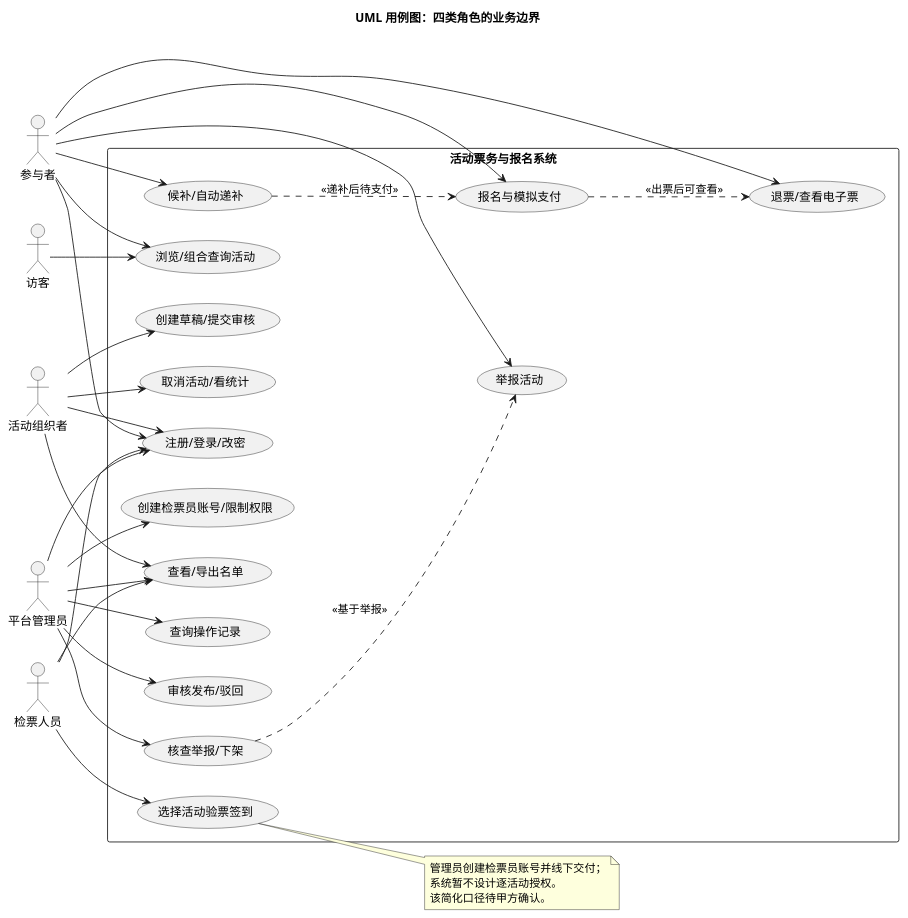
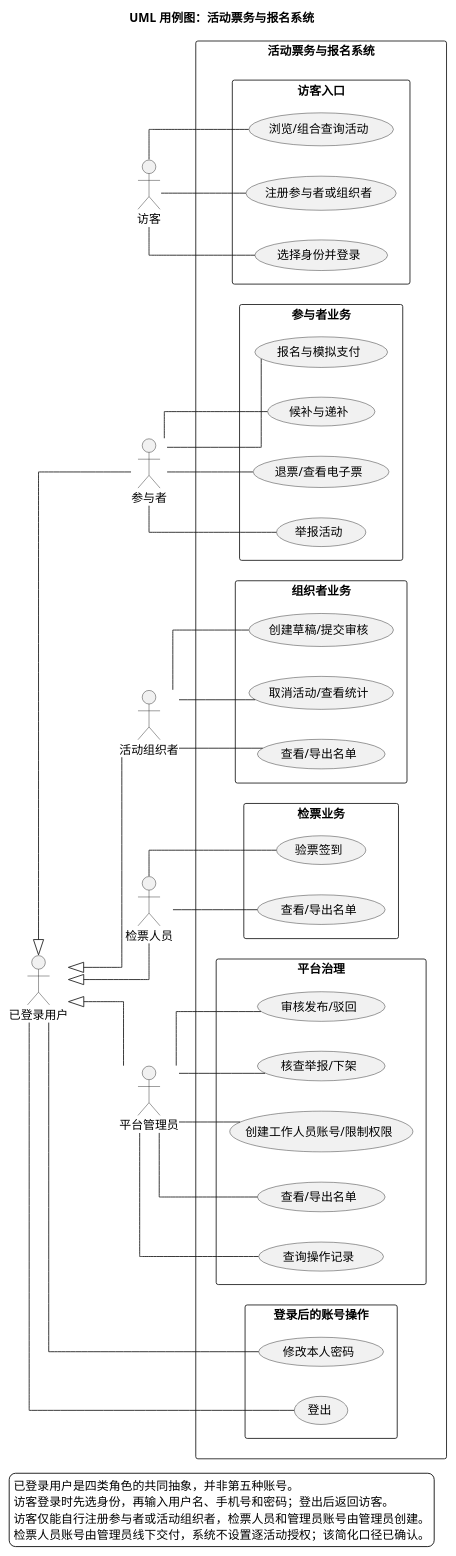
Before and after one commit to bw-oeiX/2026Fall-SE: the diagram in lab2/UML/UML用例图.puml, drawn with PlantUML. The commit also changed other lines of this file and 27 other files, not shown here.

```diff
--- a/lab2/UML/UML用例图.puml
+++ b/lab2/UML/UML用例图.puml
@@ -1,60 +1,82 @@
 @startuml
-title UML 用例图：四类角色的业务边界
+title UML 用例图：活动票务与报名系统
+left to right direction
 skinparam defaultFontName Microsoft YaHei
 skinparam shadowing false
 skinparam backgroundColor #FFFFFF
-left to right direction
+skinparam packageStyle rectangle
+skinparam linetype ortho
 
 actor "访客" as Guest
-actor "参与者" as P
-actor "活动组织者" as O
-actor "检票人员" as C
-actor "平台管理员" as A
+actor "已登录用户" as SignedIn
+actor "参与者" as Participant
+actor "活动组织者" as Organizer
+actor "检票人员" as Checker
+actor "平台管理员" as Admin
+
+SignedIn <|-- Participant
+SignedIn <|-- Organizer
+SignedIn <|-- Checker
+SignedIn <|-- Admin
 
 rectangle "活动票务与报名系统" {
-  usecase "浏览/组合查询活动" as UC1
-  usecase "注册/登录/改密" as UC2
-  usecase "报名与模拟支付" as UC3
-  usecase "候补/自动递补" as UC4
-  usecase "退票/查看电子票" as UC5
-  usecase "举报活动" as UC6
-  usecase "创建草稿/提交审核" as UC7
-  usecase "取消活动/看统计" as UC8
-  usecase "审核发布/驳回" as UC9
-  usecase "核查举报/下架" as UC10
-  usecase "创建检票员账号/限制权限" as UC11
-  usecase "选择活动验票签到" as UC12
-  usecase "查看/导出名单" as UC13
-  usecase "查询操作记录" as UC14
+  package "访客入口" {
+    usecase "浏览/组合查询活动" as Browse
+    usecase "注册参与者或组织者" as Register
+    usecase "选择身份并登录" as Login
+  }
+  package "登录后的账号操作" {
+    usecase "修改本人密码" as ChangePassword
+    usecase "登出" as Logout
+  }
+  package "参与者业务" {
+    usecase "报名与模拟支付" as Buy
+    usecase "候补与递补" as Waitlist
+    usecase "退票/查看电子票" as Ticket
+    usecase "举报活动" as Report
+  }
+  package "组织者业务" {
+    usecase "创建草稿/提交审核" as Submit
+    usecase "取消活动/查看统计" as EventStats
+    usecase "查看/导出名单" as OrganizerList
+  }
+  package "检票业务" {
+    usecase "验票签到" as CheckIn
+    usecase "查看/导出名单" as CheckerList
+  }
+  package "平台治理" {
+    usecase "审核发布/驳回" as Review
+    usecase "核查举报/下架" as Remove
+    usecase "创建工作人员账号/限制权限" as ManageAccount
+    usecase "查看/导出名单" as AdminList
+    usecase "查询操作记录" as Audit
+  }
 }
 
-Guest --> UC1
-P --> UC1
-P --> UC2
-P --> UC3
-P --> UC4
-P --> UC5
-P --> UC6
-O --> UC2
-O --> UC7
-O --> UC8
-O --> UC13
-C --> UC2
-C --> UC12
-C --> UC13
-A --> UC2
-A --> UC9
-A --> UC10
-A --> UC11
-A --> UC13
-A --> UC14
+Guest -- Browse
+Guest -- Register
+Guest -- Login
+SignedIn -- ChangePassword
+SignedIn -- Logout
+Participant -- Buy
+Participant -- Waitlist
+Participant -- Ticket
+Participant -- Report
+Organizer -- Submit
+Organizer -- EventStats
+Organizer -- OrganizerList
+Checker -- CheckIn
+Checker -- CheckerList
+Admin -- Review
+Admin -- Remove
+Admin -- ManageAccount
+Admin -- AdminList
+Admin -- Audit
 
-UC3 ..> UC5 : <<出票后可查看>>
-UC4 ..> UC3 : <<递补后待支付>>
-UC10 ..> UC6 : <<基于举报>>
-note right of UC12
-  管理员创建检票员账号并线下交付；
-  系统暂不设计逐活动授权。
-  该简化口径待甲方确认。
-end note
+legend bottom
+  已登录用户是四类角色的共同抽象，并非第五种账号。
+  访客登录时先选身份，再输入用户名、手机号和密码；登出后返回访客。
+  访客仅能自行注册参与者或活动组织者，检票人员和管理员账号由管理员创建。
+  检票人员账号由管理员线下交付，系统不设置逐活动授权；该简化口径已确认。
+endlegend
 @enduml
```
